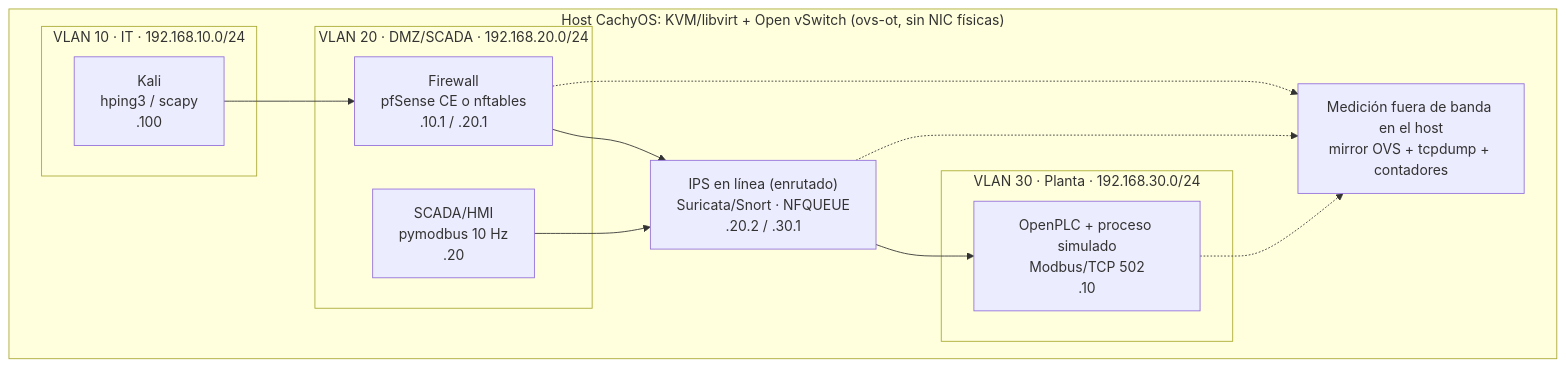
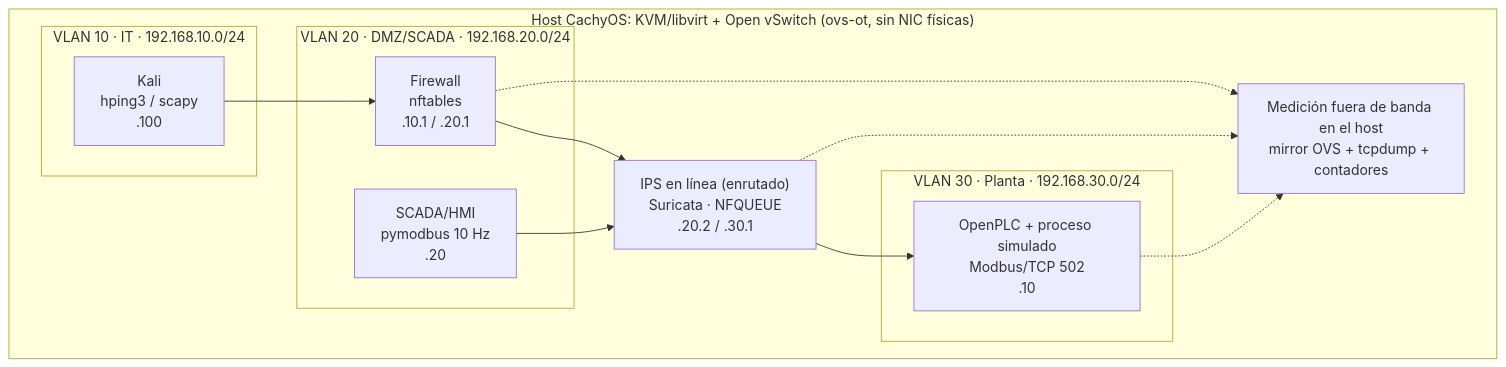
One commit to Maxberth/ips-dos-ics-lab changed the diagram in docs/arquitectura.md. Above: the diagram before and after it, drawn with Mermaid. The commit also changed other lines of this file and 60 other files, not shown here.

Commit message:
Figuras del paper por script (ancho LNCS, inglés y español), diagramas de arquitectura y auditoría de scripts y figuras

````diff
--- a/docs/arquitectura.md
+++ b/docs/arquitectura.md
@@ -5,23 +5,23 @@
 ```mermaid
 flowchart LR
   subgraph HOST["Host CachyOS: KVM/libvirt + Open vSwitch (ovs-ot, sin NIC físicas)"]
     direction LR
     subgraph V10["VLAN 10 · IT · 192.168.10.0/24"]
       K["Kali<br/>hping3 / scapy<br/>.100"]
     end
     subgraph V20["VLAN 20 · DMZ/SCADA · 192.168.20.0/24"]
-      FW["Firewall<br/>pfSense CE o nftables<br/>.10.1 / .20.1"]
+      FW["Firewall<br/>nftables<br/>.10.1 / .20.1"]
       SC["SCADA/HMI<br/>pymodbus 10 Hz<br/>.20"]
     end
-    IPS["IPS en línea (enrutado)<br/>Suricata/Snort · NFQUEUE<br/>.20.2 / .30.1"]
+    IPS["IPS en línea (enrutado)<br/>Suricata · NFQUEUE<br/>.20.2 / .30.1"]
     subgraph V30["VLAN 30 · Planta · 192.168.30.0/24"]
       PLC["OpenPLC + proceso simulado<br/>Modbus/TCP 502<br/>.10"]
     end
     MON["Medición fuera de banda en el host<br/>mirror OVS + tcpdump + contadores"]
   end
   K --> FW --> IPS --> PLC
   SC --> IPS
   IPS -.-> MON
   FW -.-> MON
   PLC -.-> MON
 ```
````
